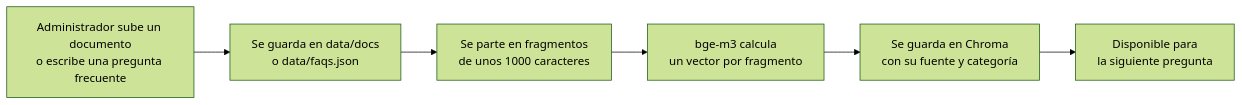
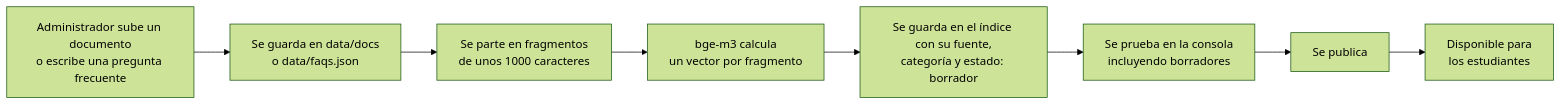
The third of 3 diagrams in docs/arquitectura.md (DIDDY616/Chatbot), drawn with Mermaid (forest theme) before and after one commit. The commit also changed other lines of this file and 106 other files, not shown here.

````diff
--- a/docs/arquitectura.md
+++ b/docs/arquitectura.md
@@ -103,8 +116,10 @@
 ```mermaid
 flowchart LR
     A[Administrador sube un documento<br>o escribe una pregunta frecuente] --> B[Se guarda en data/docs<br>o data/faqs.json]
     B --> C[Se parte en fragmentos<br>de unos 1000 caracteres]
     C --> D[bge-m3 calcula<br>un vector por fragmento]
-    D --> E[Se guarda en Chroma<br>con su fuente y categoría]
-    E --> F[Disponible para<br>la siguiente pregunta]
+    D --> E[Se guarda en el índice con su fuente,<br>categoría y estado: borrador]
+    E --> G[Se prueba en la consola<br>incluyendo borradores]
+    G --> H[Se publica]
+    H --> F[Disponible para<br>los estudiantes]
 ```
````
